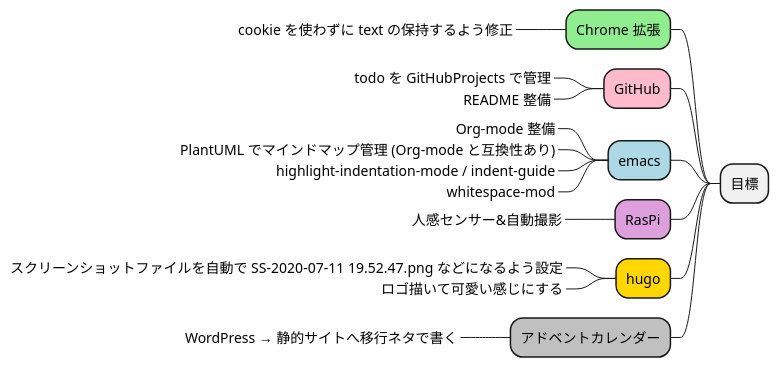
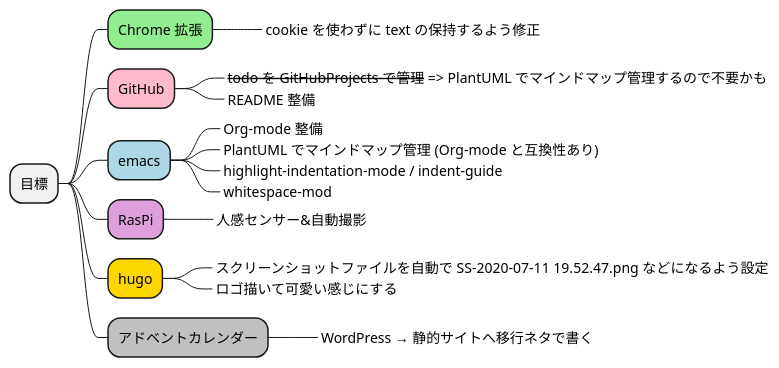
Before and after one commit to Ishizuka427/MindMap: the diagram in test.puml, drawn with PlantUML.

```diff
--- a/test.puml
+++ b/test.puml
@@ -1,23 +1,20 @@
 @startmindmap
 * 目標
-
-left side
-
 **[#lightgreen] Chrome 拡張
 ***_ cookie を使わずに text の保持するよう修正
 **[#FFBBCC] GitHub
-***_ todo を GitHubProjects で管理
+***_ <s>todo を GitHubProjects で管理</s> => PlantUML でマインドマップ管理するので不要かも
 ***_ README 整備
 **[#lightblue] emacs
 ***_ Org-mode 整備
 ***_ PlantUML でマインドマップ管理 (Org-mode と互換性あり)
 ***_ highlight-indentation-mode / indent-guide
 ***_ whitespace-mod
 **[#plum] RasPi
 ***_ 人感センサー&自動撮影
 **[#gold] hugo
 ***_ スクリーンショットファイルを自動で SS-2020-07-11 19.52.47.png などになるよう設定
 ***_ ロゴ描いて可愛い感じにする
 **[#silver] アドベントカレンダー
 ***_ WordPress → 静的サイトへ移行ネタで書く
 @endmindmap
```
